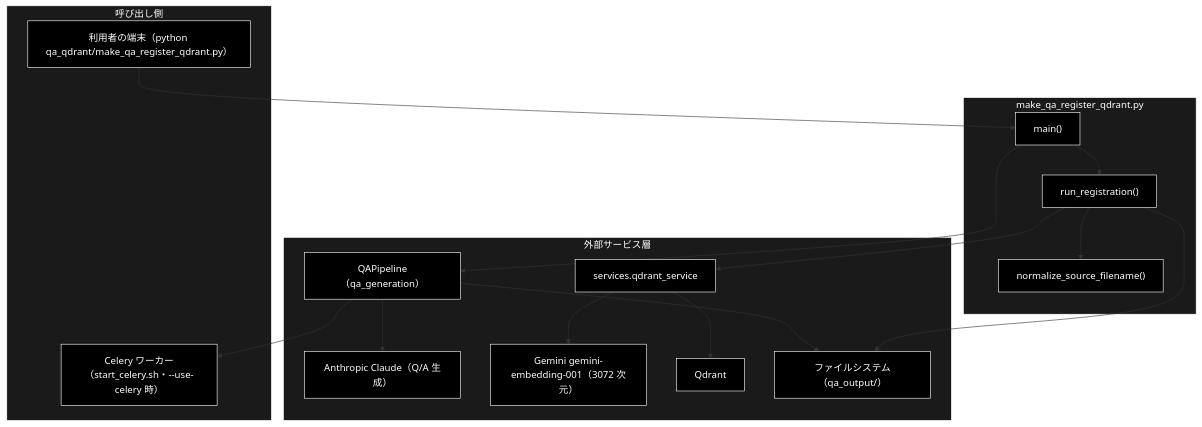
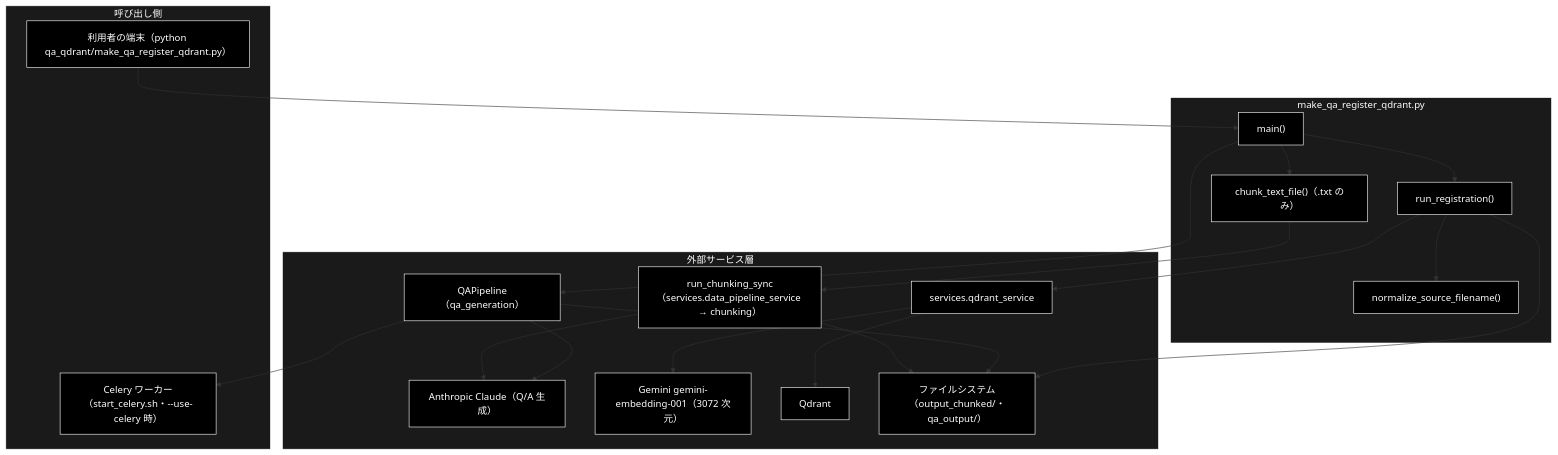
Before and after one commit to nakashima2toshio/grace_v2: the first of 4 diagrams in qa_qdrant/docs/make_qa_register_qdrant_ipo.md, drawn with Mermaid. The commit also changed other lines of this file and 5 other files, not shown here.

First line of the commit message:
fix(qa_qdrant): make_qa_register_qdrant.py の .txt 入力を先にチャンク化してから Q/A 生成する

````diff
--- a/qa_qdrant/docs/make_qa_register_qdrant_ipo.md
+++ b/qa_qdrant/docs/make_qa_register_qdrant_ipo.md
@@ -71,40 +74,46 @@
 ```mermaid
 flowchart TB
     subgraph CLIENT["呼び出し側"]
         USER["利用者の端末（python qa_qdrant/make_qa_register_qdrant.py）"]
         WORKER["Celery ワーカー（start_celery.sh・--use-celery 時）"]
     end
 
     subgraph MODULE["make_qa_register_qdrant.py"]
         MAIN["main()"]
+        CHUNK["chunk_text_file()（.txt のみ）"]
         REG["run_registration()"]
         NORM["normalize_source_filename()"]
     end
 
     subgraph EXTERNAL["外部サービス層"]
+        CHK["run_chunking_sync（services.data_pipeline_service → chunking）"]
         PIPE["QAPipeline（qa_generation）"]
         CLAUDE["Anthropic Claude（Q/A 生成）"]
         QSVC["services.qdrant_service"]
         GEMINI["Gemini gemini-embedding-001（3072 次元）"]
         QDRANT["Qdrant"]
-        FS["ファイルシステム（qa_output/）"]
+        FS["ファイルシステム（output_chunked/・qa_output/）"]
     end
 
     USER --> MAIN
+    MAIN --> CHUNK
+    CHUNK --> CHK
+    CHK --> CLAUDE
+    CHK --> FS
     MAIN --> PIPE
     PIPE --> CLAUDE
     PIPE --> WORKER
     MAIN --> REG
     REG --> NORM
     REG --> QSVC
     QSVC --> GEMINI
     QSVC --> QDRANT
     PIPE --> FS
     REG --> FS
 classDef default fill:#000,stroke:#fff,color:#fff
 classDef subgraphStyle fill:#1a1a1a,stroke:#fff,color:#fff
-class USER,WORKER,MAIN,REG,NORM,PIPE,CLAUDE,QSVC,GEMINI,QDRANT,FS default
+class USER,WORKER,MAIN,CHUNK,REG,NORM,CHK,PIPE,CLAUDE,QSVC,GEMINI,QDRANT,FS default
 style CLIENT fill:#1a1a1a,stroke:#fff,color:#fff
 style MODULE fill:#1a1a1a,stroke:#fff,color:#fff
 style EXTERNAL fill:#1a1a1a,stroke:#fff,color:#fff
 ```
````
